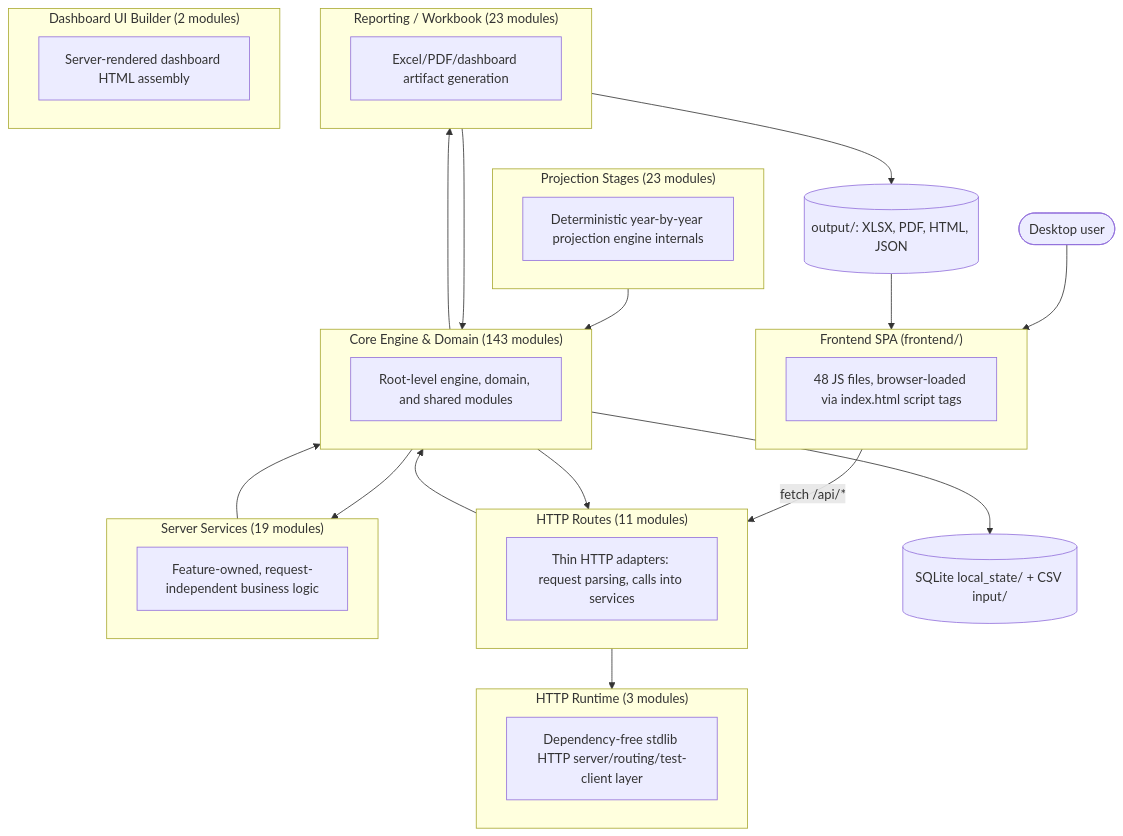
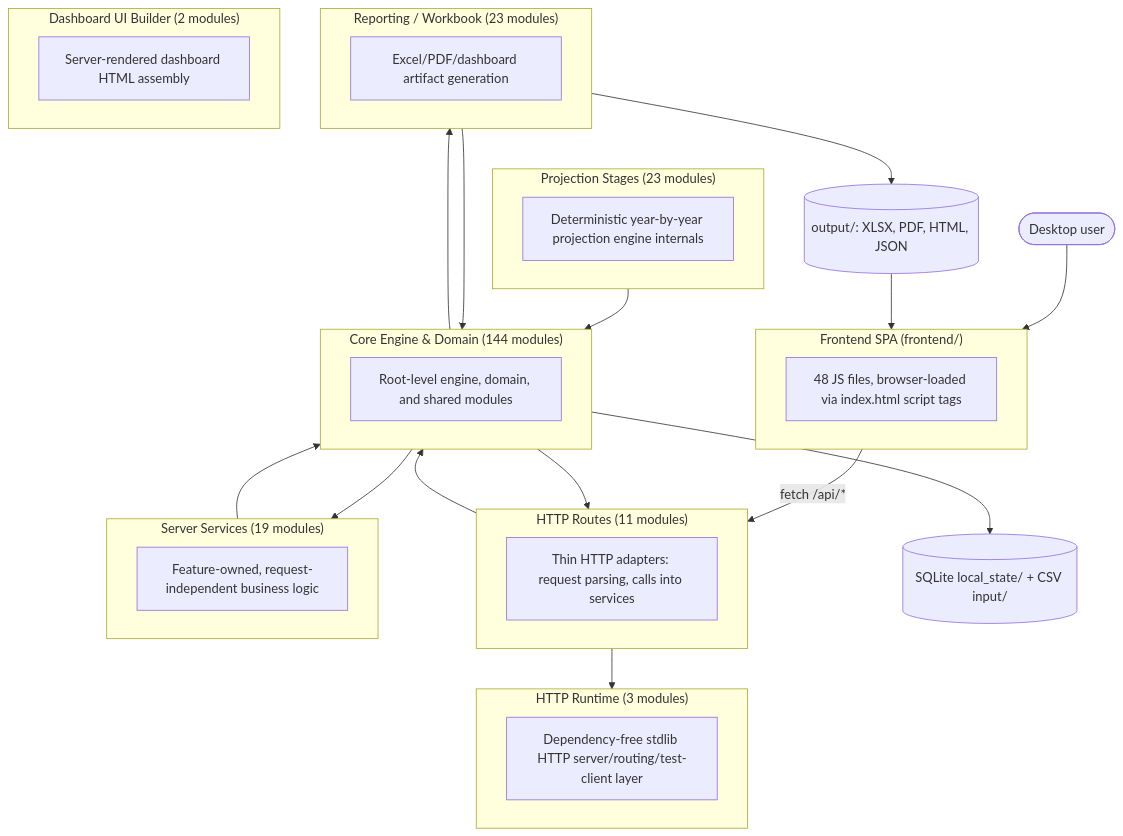
One commit to matthartzman/retirement_system changed the first of 2 diagrams in documentation/reference/SYSTEM_ARCHITECTURE_DIAGRAM.md. Above: the diagram before and after it, drawn with Mermaid. The commit also changed other lines of this file and 4 other files, not shown here.

First line of the commit message:
WP6.1: move dataset CSV text helpers into csv_exchange; refresh architecture diagram

````diff
--- a/documentation/reference/SYSTEM_ARCHITECTURE_DIAGRAM.md
+++ b/documentation/reference/SYSTEM_ARCHITECTURE_DIAGRAM.md
@@ -11,40 +11,40 @@
 ```mermaid
 flowchart TB
     User(["Desktop user"]) --> FE
     subgraph FE["Frontend SPA (frontend/)"]
         FEcount["48 JS files, browser-loaded via index.html script tags"]
     end
     FE -->|fetch /api/*| L_HTTP_Routes
     subgraph L_HTTP_Routes["HTTP Routes (11 modules)"]
         L_HTTP_Routes_d["Thin HTTP adapters: request parsing, calls into services"]
     end
     subgraph L_Server_Services["Server Services (19 modules)"]
         L_Server_Services_d["Feature-owned, request-independent business logic"]
     end
     subgraph L_HTTP_Runtime["HTTP Runtime (3 modules)"]
         L_HTTP_Runtime_d["Dependency-free stdlib HTTP server/routing/test-client layer"]
     end
-    subgraph L_Core_Engine___Domain["Core Engine & Domain (143 modules)"]
+    subgraph L_Core_Engine___Domain["Core Engine & Domain (144 modules)"]
         L_Core_Engine___Domain_d["Root-level engine, domain, and shared modules"]
     end
     subgraph L_Projection_Stages["Projection Stages (23 modules)"]
         L_Projection_Stages_d["Deterministic year-by-year projection engine internals"]
     end
     subgraph L_Reporting___Workbook["Reporting / Workbook (23 modules)"]
         L_Reporting___Workbook_d["Excel/PDF/dashboard artifact generation"]
     end
     subgraph L_Dashboard_UI_Builder["Dashboard UI Builder (2 modules)"]
         L_Dashboard_UI_Builder_d["Server-rendered dashboard HTML assembly"]
     end
     L_Core_Engine___Domain --> L_HTTP_Routes
     L_Core_Engine___Domain --> L_Reporting___Workbook
     L_Core_Engine___Domain --> L_Server_Services
     L_HTTP_Routes --> L_Core_Engine___Domain
     L_HTTP_Routes --> L_HTTP_Runtime
     L_Projection_Stages --> L_Core_Engine___Domain
     L_Reporting___Workbook --> L_Core_Engine___Domain
     L_Server_Services --> L_Core_Engine___Domain
     L_Core_Engine___Domain --> DB[("SQLite local_state/ + CSV input/")]
     L_Reporting___Workbook --> Outputs[("output/: XLSX, PDF, HTML, JSON")]
     Outputs --> FE
 ```
````
